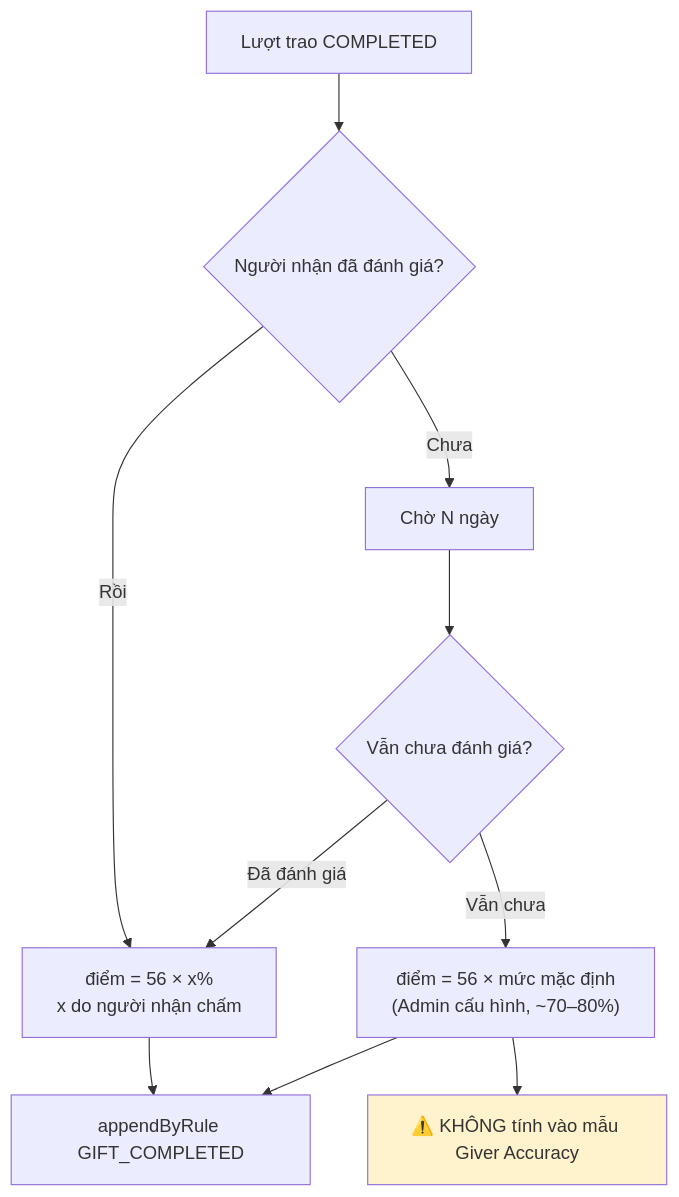
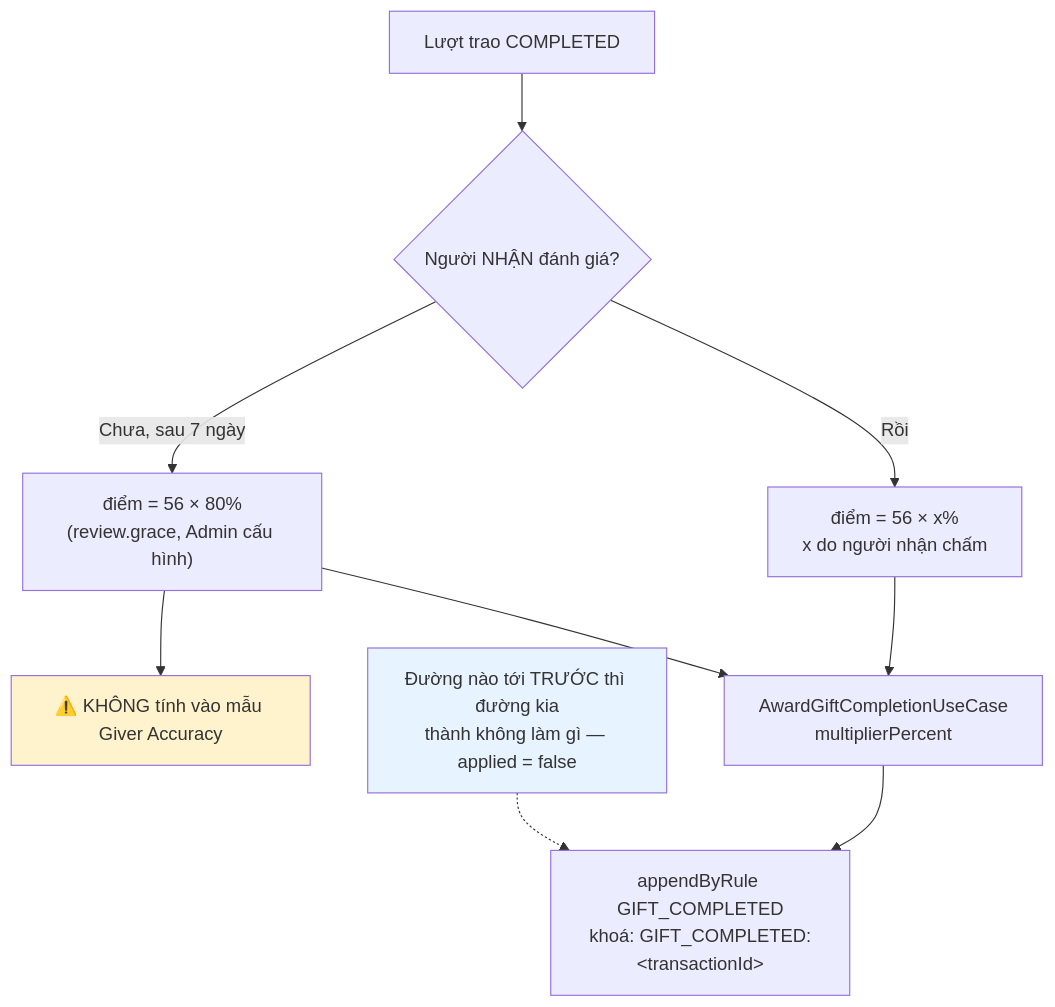
One commit to fdshn/trueheart changed the fourth of 7 diagrams in docs/diagram/11-point.md. Above: the diagram before and after it, drawn with Mermaid. The commit also changed other lines of this file and 24 other files, not shown here.

First line of the commit message:
feat(point): cộng điểm khi lượt trao hoàn tất, hai đường một khoá (F40)

````diff
--- a/docs/diagram/11-point.md
+++ b/docs/diagram/11-point.md
@@ -94,15 +94,16 @@
 ```mermaid
 flowchart TD
-    A[Lượt trao COMPLETED] --> B{Người nhận đã đánh giá?}
+    A[Lượt trao COMPLETED] --> B{Người NHẬN đánh giá?}
     B -->|Rồi| C["điểm = 56 × x%<br/>x do người nhận chấm"]
-    B -->|Chưa| D[Chờ N ngày]
-    D --> E{Vẫn chưa đánh giá?}
-    E -->|Đã đánh giá| C
-    E -->|Vẫn chưa| F["điểm = 56 × mức mặc định<br/>(Admin cấu hình, ~70–80%)"]
+    B -->|Chưa, sau 7 ngày| F["điểm = 56 × 80%<br/>(review.grace, Admin cấu hình)"]
     F --> G["⚠️ KHÔNG tính vào mẫu Giver Accuracy"]
 
-    C --> H[appendByRule GIFT_COMPLETED]
+    C --> H["AwardGiftCompletionUseCase<br/>multiplierPercent"]
     F --> H
+    H --> I["appendByRule GIFT_COMPLETED<br/>khoá: GIFT_COMPLETED:&lt;transactionId&gt;"]
+
+    J["Đường nào tới TRƯỚC thì đường kia<br/>thành không làm gì — applied = false"] -.-> I
 
     style G fill:#fff3cd
+    style J fill:#e7f3ff
 ```
````
